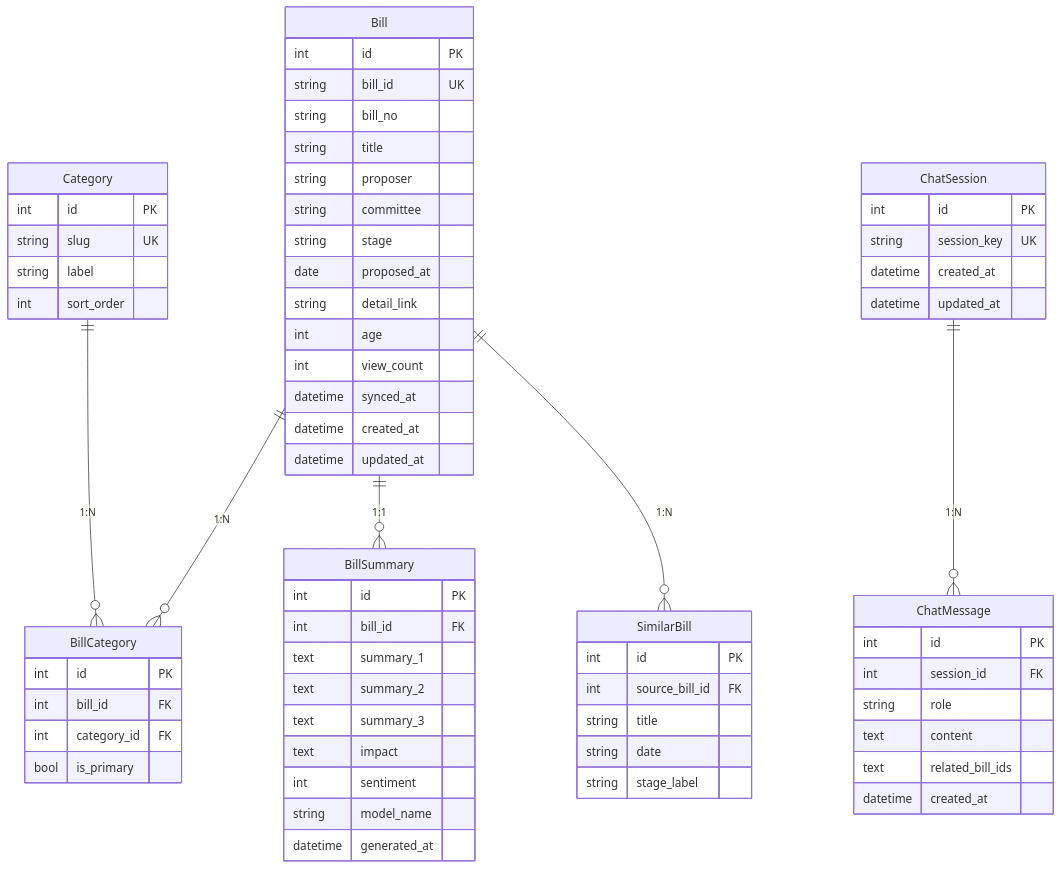
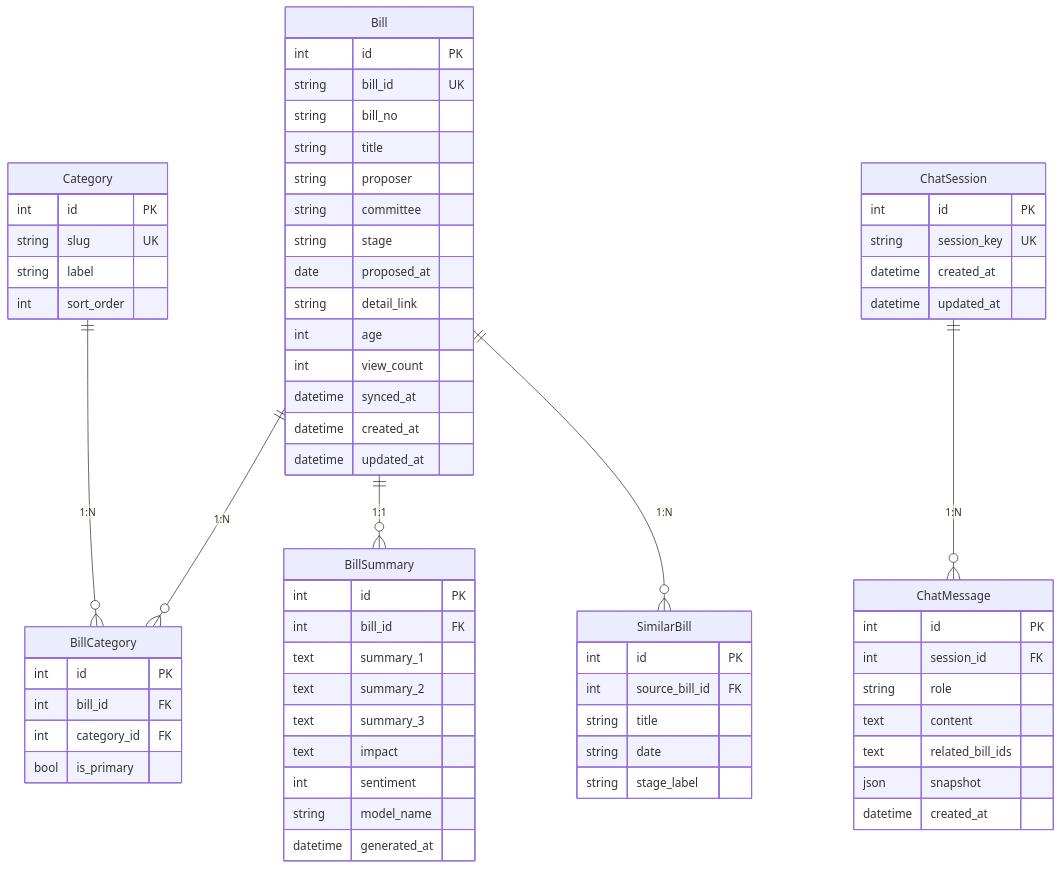
The diagram in backend/docs/DATABASE_SPEC.md (LightM4R3/ssk-law), drawn with Mermaid before and after one commit. The commit also changed other lines of this file and 2 other files, not shown here.

````diff
--- a/backend/docs/DATABASE_SPEC.md
+++ b/backend/docs/DATABASE_SPEC.md
@@ -34,75 +34,76 @@
 ```mermaid
 erDiagram
     Category ||--o{ BillCategory : "1:N"
     Bill ||--o{ BillCategory : "1:N"
     Bill ||--o{ BillSummary : "1:1"
     Bill ||--o{ SimilarBill : "1:N"
     ChatSession ||--o{ ChatMessage : "1:N"
 
     Category {
         int id PK
         string slug UK
         string label
         int sort_order
     }
 
     Bill {
         int id PK
         string bill_id UK
         string bill_no
         string title
         string proposer
         string committee
         string stage
         date proposed_at
         string detail_link
         int age
         int view_count
         datetime synced_at
         datetime created_at
         datetime updated_at
     }
 
     BillCategory {
         int id PK
         int bill_id FK
         int category_id FK
         bool is_primary
     }
 
     BillSummary {
         int id PK
         int bill_id FK
         text summary_1
         text summary_2
         text summary_3
         text impact
         int sentiment
         string model_name
         datetime generated_at
     }
 
     SimilarBill {
         int id PK
         int source_bill_id FK
         string title
         string date
         string stage_label
     }
 
     ChatSession {
         int id PK
         string session_key UK
         datetime created_at
         datetime updated_at
     }
 
     ChatMessage {
         int id PK
         int session_id FK
         string role
         text content
         text related_bill_ids
+        json snapshot
         datetime created_at
     }
 ```
````
